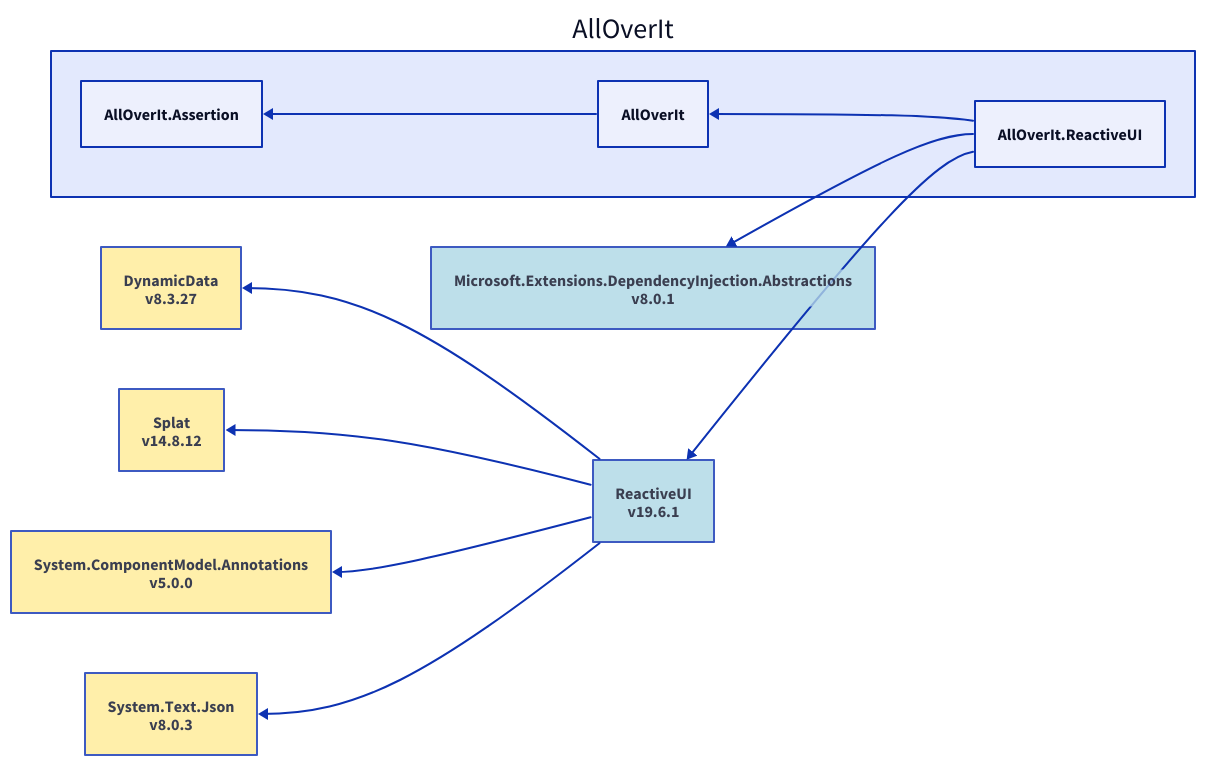
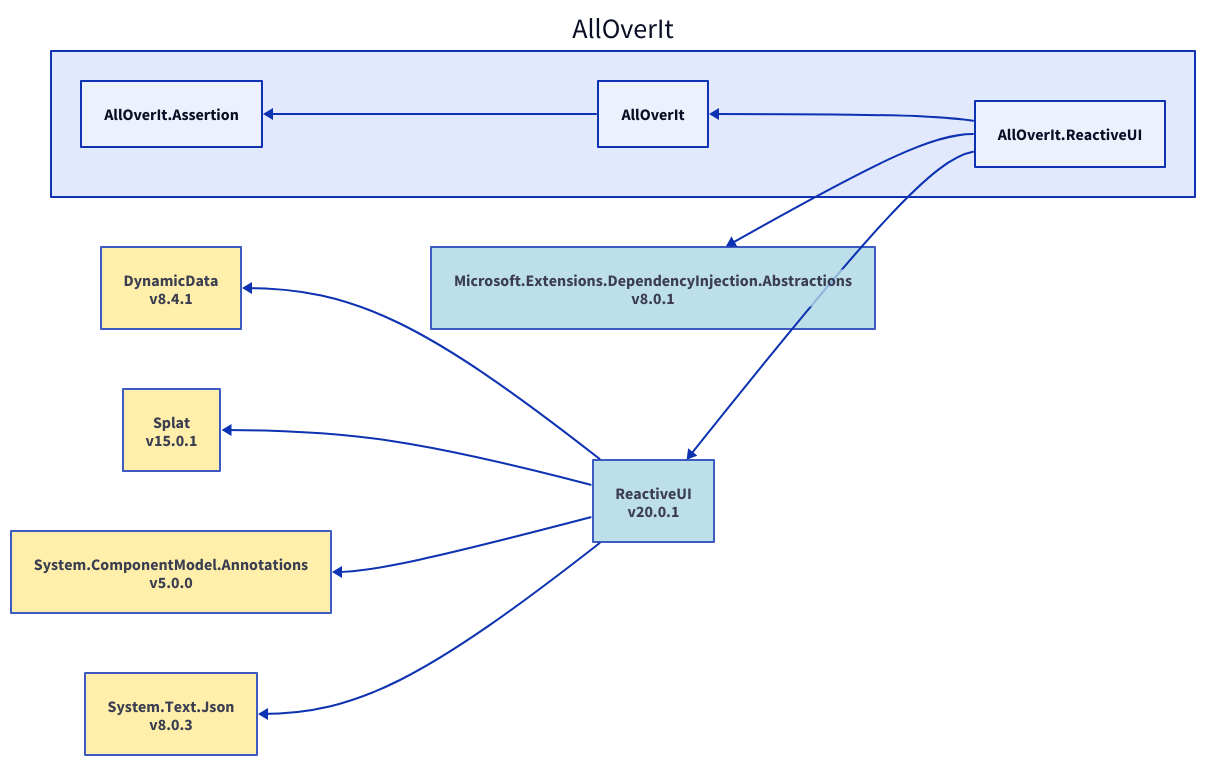
One commit to mjfreelancing/AllOverIt changed the diagram in Docs/Reference/Content/images/dependencies/net7.0/alloverit-reactiveui.d2. Above: the diagram before and after it, drawn with D2. The commit also changed 1310 other files, not shown here.

```diff
--- a/Docs/Reference/Content/images/dependencies/net7.0/alloverit-reactiveui.d2
+++ b/Docs/Reference/Content/images/dependencies/net7.0/alloverit-reactiveui.d2
@@ -1,32 +1,32 @@
 direction: left
 
 aoi: AllOverIt
 aoi.alloverit-reactiveui: AllOverIt.ReactiveUI
 microsoft-extensions-dependencyinjection-abstractions_8-0-1: Microsoft.Extensions.DependencyInjection.Abstractions\nv8.0.1
 microsoft-extensions-dependencyinjection-abstractions_8-0-1.style.fill: "#ADD8E6"
 microsoft-extensions-dependencyinjection-abstractions_8-0-1.style.opacity: 0.8
 microsoft-extensions-dependencyinjection-abstractions_8-0-1 <- aoi.alloverit-reactiveui
-reactiveui_19-6-1: ReactiveUI\nv19.6.1
-reactiveui_19-6-1.style.fill: "#ADD8E6"
-reactiveui_19-6-1.style.opacity: 0.8
-dynamicdata_8-3-27: DynamicData\nv8.3.27
-dynamicdata_8-3-27.style.fill: "#FFEC96"
-dynamicdata_8-3-27.style.opacity: 0.8
-dynamicdata_8-3-27 <- reactiveui_19-6-1
-splat_14-8-12: Splat\nv14.8.12
-splat_14-8-12.style.fill: "#FFEC96"
-splat_14-8-12.style.opacity: 0.8
-splat_14-8-12 <- reactiveui_19-6-1
+reactiveui_20-0-1: ReactiveUI\nv20.0.1
+reactiveui_20-0-1.style.fill: "#ADD8E6"
+reactiveui_20-0-1.style.opacity: 0.8
+dynamicdata_8-4-1: DynamicData\nv8.4.1
+dynamicdata_8-4-1.style.fill: "#FFEC96"
+dynamicdata_8-4-1.style.opacity: 0.8
+dynamicdata_8-4-1 <- reactiveui_20-0-1
+splat_15-0-1: Splat\nv15.0.1
+splat_15-0-1.style.fill: "#FFEC96"
+splat_15-0-1.style.opacity: 0.8
+splat_15-0-1 <- reactiveui_20-0-1
 system-componentmodel-annotations_5-0-0: System.ComponentModel.Annotations\nv5.0.0
 system-componentmodel-annotations_5-0-0.style.fill: "#FFEC96"
 system-componentmodel-annotations_5-0-0.style.opacity: 0.8
-system-componentmodel-annotations_5-0-0 <- reactiveui_19-6-1
+system-componentmodel-annotations_5-0-0 <- reactiveui_20-0-1
 system-text-json_8-0-3: System.Text.Json\nv8.0.3
 system-text-json_8-0-3.style.fill: "#FFEC96"
 system-text-json_8-0-3.style.opacity: 0.8
-system-text-json_8-0-3 <- reactiveui_19-6-1
-reactiveui_19-6-1 <- aoi.alloverit-reactiveui
+system-text-json_8-0-3 <- reactiveui_20-0-1
+reactiveui_20-0-1 <- aoi.alloverit-reactiveui
 aoi.alloverit: AllOverIt
 aoi.alloverit-assertion: AllOverIt.Assertion
 aoi.alloverit-assertion <- aoi.alloverit
 aoi.alloverit <- aoi.alloverit-reactiveui
```
